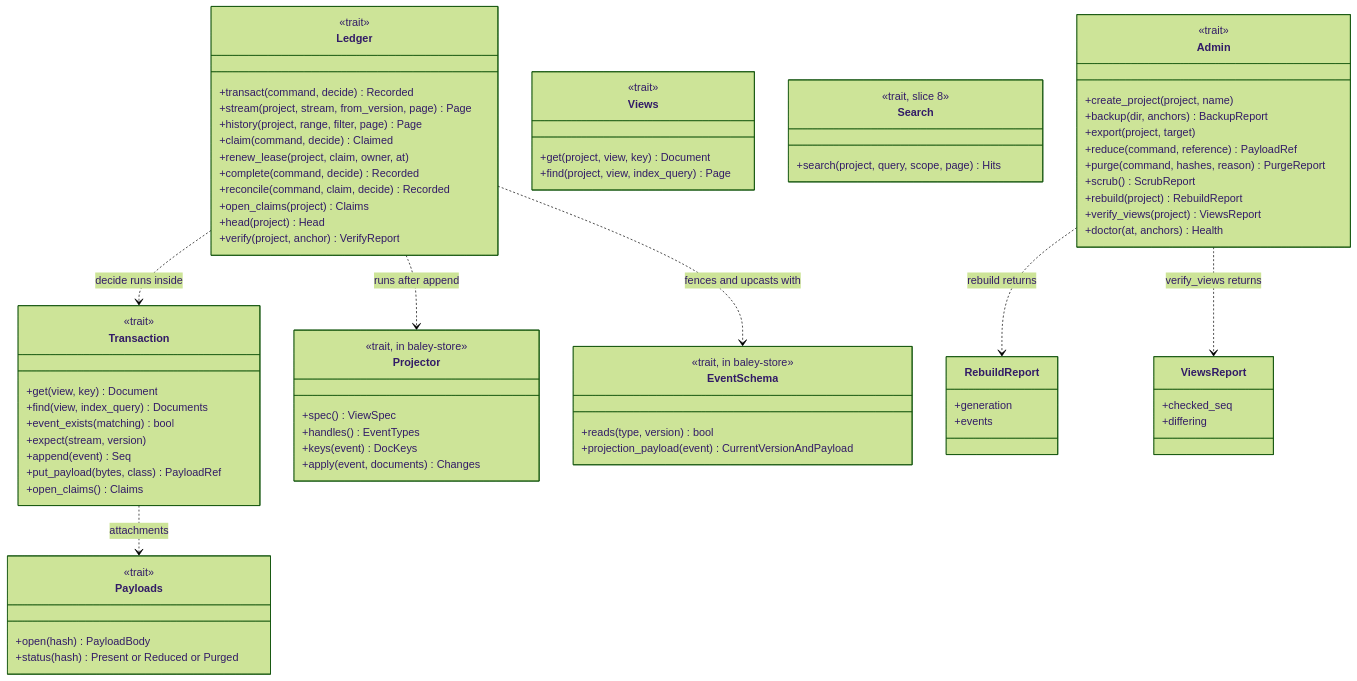
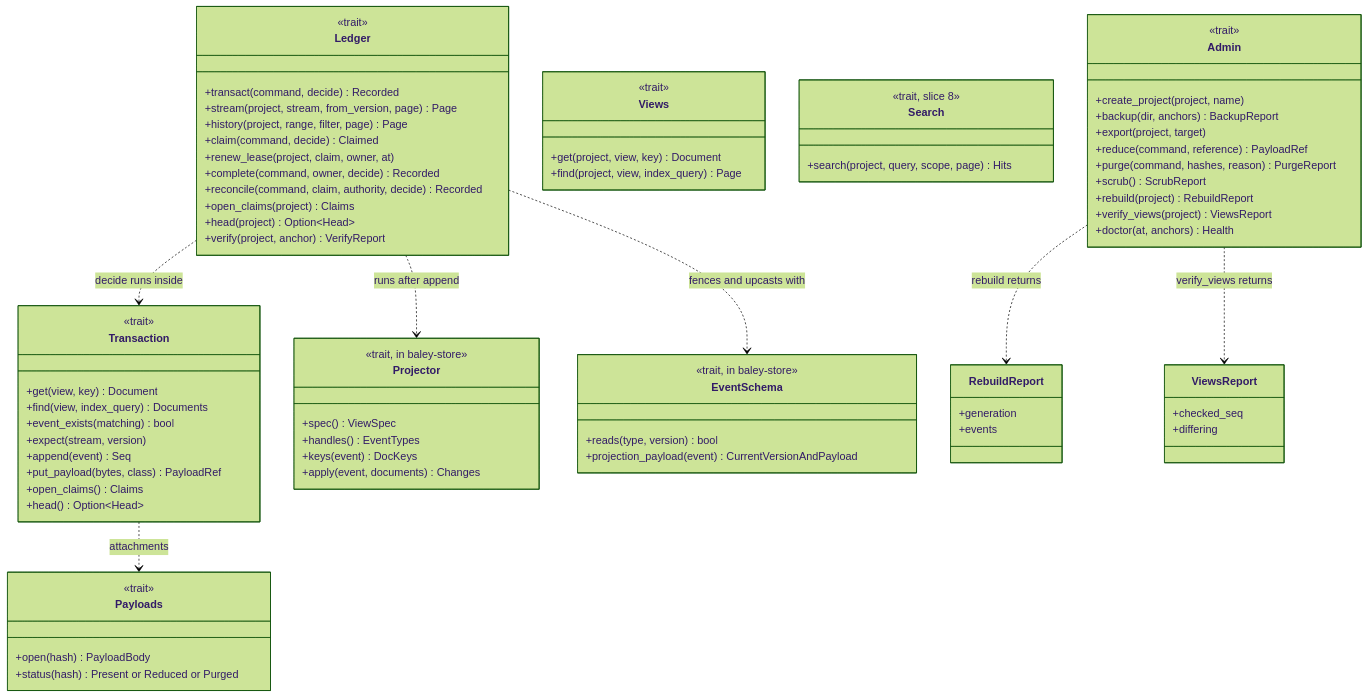
One commit to crenshawdev/baley changed the fourth of 13 diagrams in docs/design/0001-evidence-ledger.md. Above: the diagram before and after it, drawn with Mermaid (forest theme). The commit also changed other lines of this file and 20 other files, not shown here.

````diff
--- a/docs/design/0001-evidence-ledger.md
+++ b/docs/design/0001-evidence-ledger.md
@@ -222,78 +224,79 @@
 ```mermaid
 classDiagram
   class Ledger {
     <<trait>>
     +transact(command, decide) Recorded
     +stream(project, stream, from_version, page) Page
     +history(project, range, filter, page) Page
     +claim(command, decide) Claimed
     +renew_lease(project, claim, owner, at)
-    +complete(command, decide) Recorded
-    +reconcile(command, claim, decide) Recorded
+    +complete(command, owner, decide) Recorded
+    +reconcile(command, claim, authority, decide) Recorded
     +open_claims(project) Claims
-    +head(project) Head
+    +head(project) Option~Head~
     +verify(project, anchor) VerifyReport
   }
   class Transaction {
     <<trait>>
     +get(view, key) Document
     +find(view, index_query) Documents
     +event_exists(matching) bool
     +expect(stream, version)
     +append(event) Seq
     +put_payload(bytes, class) PayloadRef
     +open_claims() Claims
+    +head() Option~Head~
   }
   class Views {
     <<trait>>
     +get(project, view, key) Document
     +find(project, view, index_query) Page
   }
   class Payloads {
     <<trait>>
     +open(hash) PayloadBody
     +status(hash) Present or Reduced or Purged
   }
   class Search {
     <<trait, slice 8>>
     +search(project, query, scope, page) Hits
   }
   class Admin {
     <<trait>>
     +create_project(project, name)
     +backup(dir, anchors) BackupReport
     +export(project, target)
     +reduce(command, reference) PayloadRef
     +purge(command, hashes, reason) PurgeReport
     +scrub() ScrubReport
     +rebuild(project) RebuildReport
     +verify_views(project) ViewsReport
     +doctor(at, anchors) Health
   }
   class Projector {
     <<trait, in baley-store>>
     +spec() ViewSpec
     +handles() EventTypes
     +keys(event) DocKeys
     +apply(event, documents) Changes
   }
   class EventSchema {
     <<trait, in baley-store>>
     +reads(type, version) bool
     +projection_payload(event) CurrentVersionAndPayload
   }
   class RebuildReport {
     +generation
     +events
   }
   class ViewsReport {
     +checked_seq
     +differing
   }
   Ledger ..> Transaction : decide runs inside
   Ledger ..> Projector : runs after append
   Ledger ..> EventSchema : fences and upcasts with
   Transaction ..> Payloads : attachments
   Admin ..> RebuildReport : rebuild returns
   Admin ..> ViewsReport : verify_views returns
 ```
````
